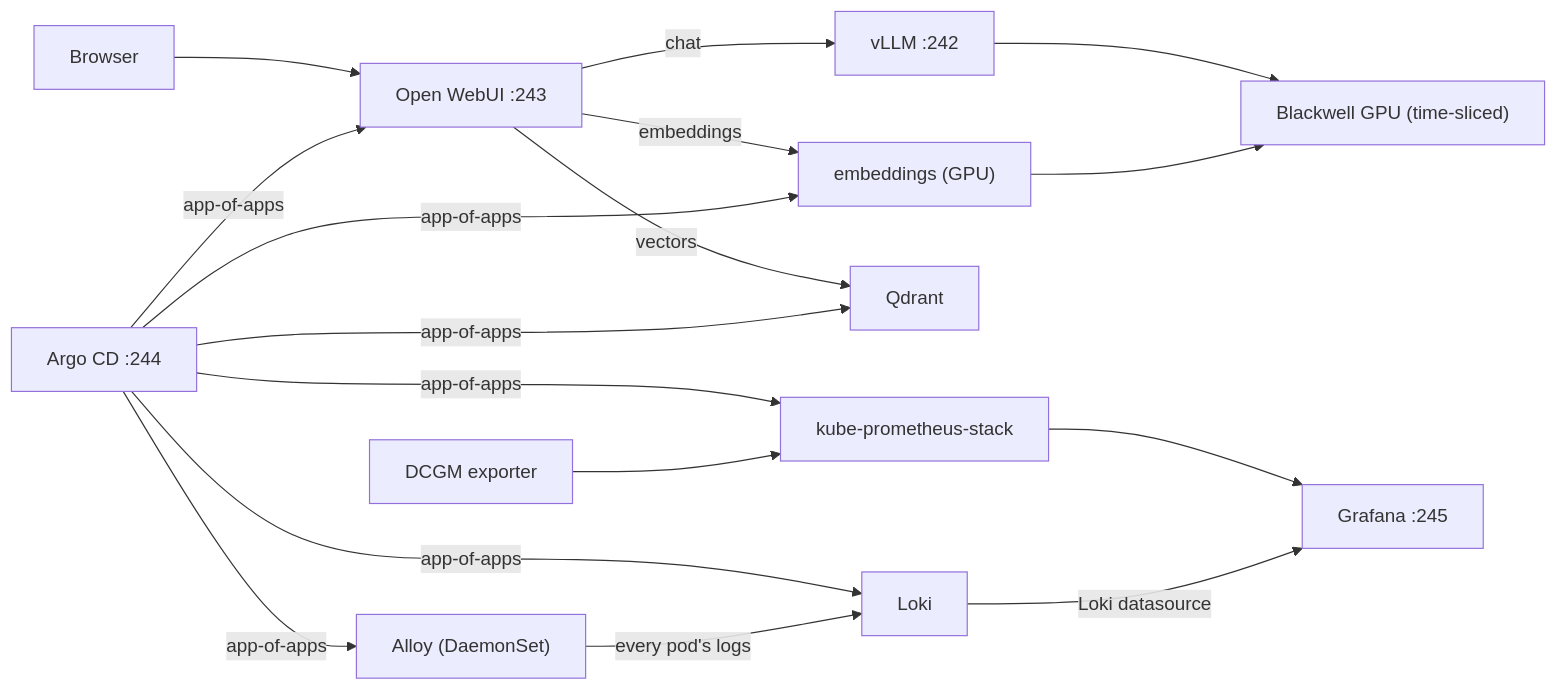
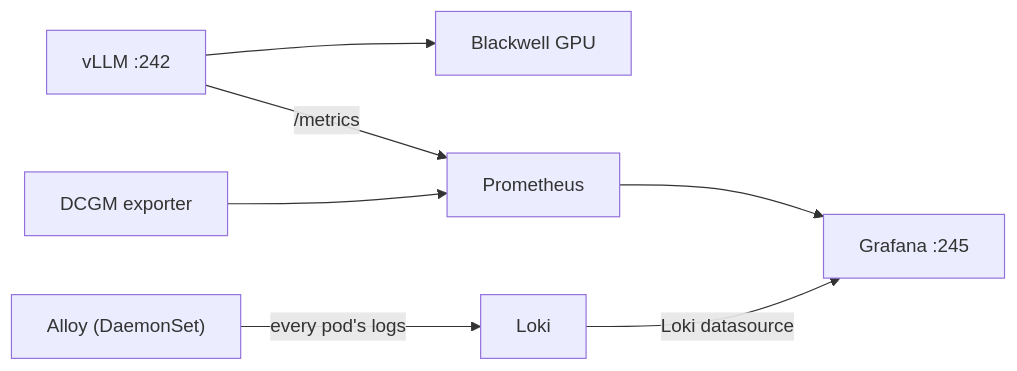
The diagram in README.md (rykelley/atmos-proxmox-k8s), drawn with Mermaid before and after one commit. The commit also changed other lines of this file and 95 other files, not shown here.

First line of the commit message:
Remove vLLM pipeline chart and related configurations

````diff
--- a/README.md
+++ b/README.md
@@ -436,14 +426,9 @@
 ```mermaid
 flowchart LR
-  user["Browser"] --> owui["Open WebUI :243"]
-  owui -->|chat| vllm["vLLM :242"]
-  owui -->|embeddings| emb["embeddings (GPU)"]
-  owui -->|vectors| qdrant["Qdrant"]
-  vllm --> gpu["Blackwell GPU (time-sliced)"]
-  emb --> gpu
-  argocd["Argo CD :244"] -->|app-of-apps| owui & qdrant & emb & mon["kube-prometheus-stack"] & loki["Loki"] & alloy["Alloy (DaemonSet)"]
-  dcgm["DCGM exporter"] --> mon
-  alloy -->|every pod's logs| loki
-  mon --> grafana["Grafana :245"]
+  vllm["vLLM :242"] --> gpu["Blackwell GPU"]
+  dcgm["DCGM exporter"] --> prom["Prometheus"]
+  vllm -->|/metrics| prom
+  alloy["Alloy (DaemonSet)"] -->|every pod's logs| loki["Loki"]
+  prom --> grafana["Grafana :245"]
   loki -->|Loki datasource| grafana
 ```
````
